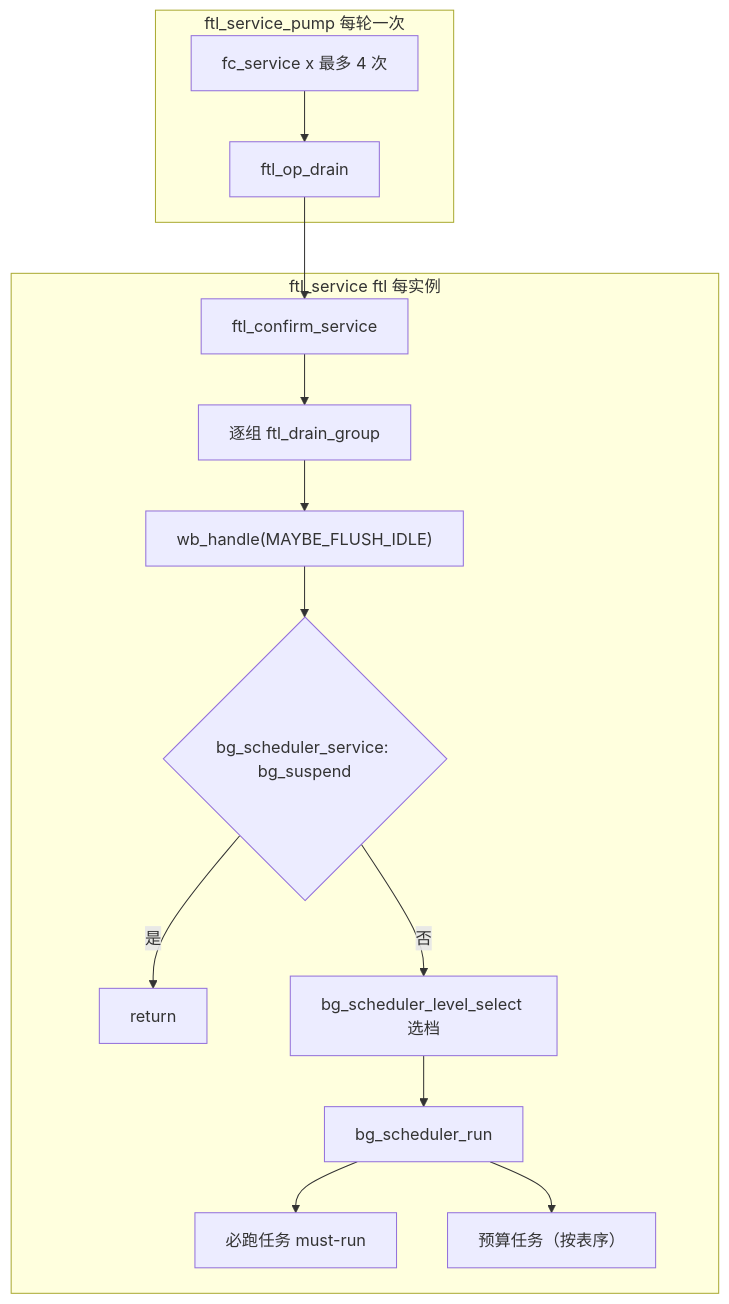
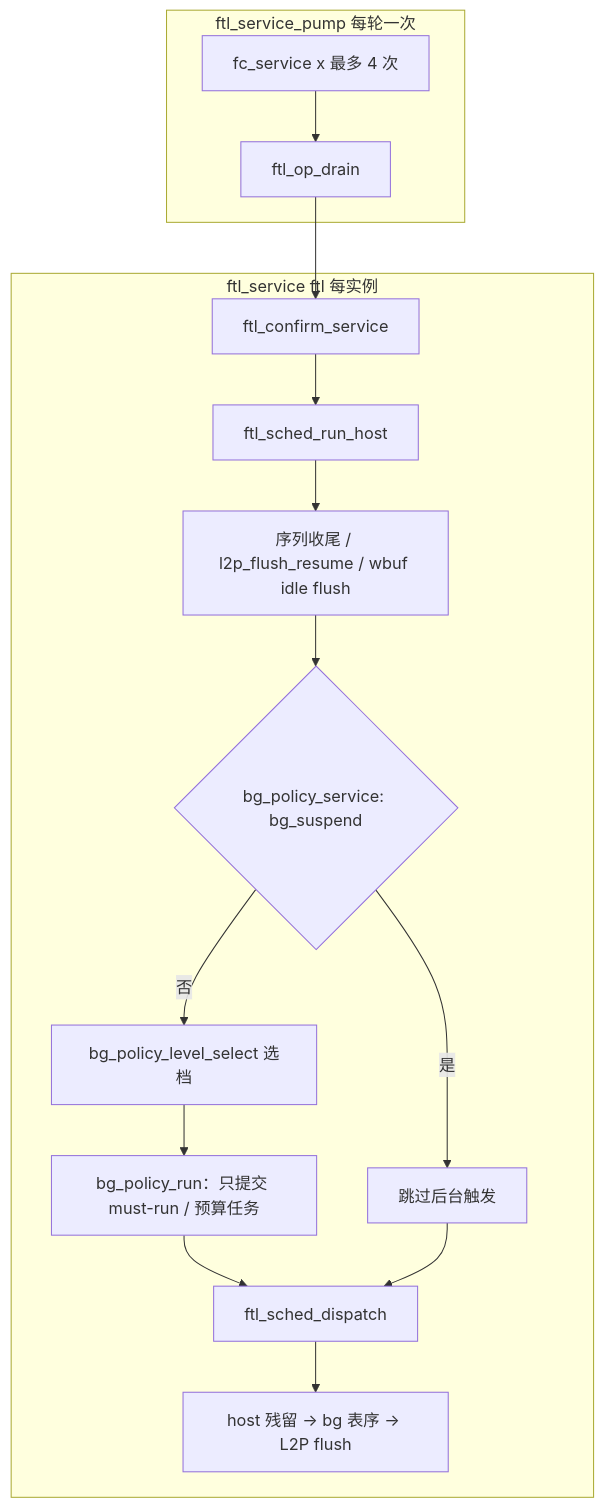
One commit to YzYMIAO/BASESSD changed diagram 22 of 36 in docs/design/ftl_design.md. Above: the diagram before and after it, drawn with Mermaid. The commit also changed other lines of this file and 48 other files, not shown here.

````diff
--- a/docs/design/ftl_design.md
+++ b/docs/design/ftl_design.md
@@ -3567,17 +3573,18 @@
 ```mermaid
 flowchart TB
     subgraph "ftl_service_pump 每轮一次"
         P1["fc_service x 最多 4 次"] --> P2["ftl_op_drain"]
     end
     subgraph "ftl_service ftl 每实例"
-        S1["ftl_confirm_service"] --> S2["逐组 ftl_drain_group"]
-        S2 --> S3["wb_handle(MAYBE_FLUSH_IDLE)"]
-        S3 --> S4{"bg_scheduler_service: bg_suspend"}
-        S4 -- "是" --> S5["return"]
-        S4 -- "否" --> S6["bg_scheduler_level_select 选档"]
-        S6 --> S7["bg_scheduler_run"]
-        S7 --> S8["必跑任务 must-run"]
-        S7 --> S9["预算任务（按表序）"]
+        S1["ftl_confirm_service"] --> S2["ftl_sched_run_host"]
+        S2 --> S3["序列收尾 / l2p_flush_resume / wbuf idle flush"]
+        S3 --> S4{"bg_policy_service: bg_suspend"}
+        S4 -- "是" --> S5["跳过后台触发"]
+        S4 -- "否" --> S6["bg_policy_level_select 选档"]
+        S6 --> S7["bg_policy_run：只提交 must-run / 预算任务"]
+        S7 --> S8["ftl_sched_dispatch"]
+        S5 --> S8
+        S8 --> S9["host 残留 → bg 表序 → L2P flush"]
     end
     P2 --> S1
 ```
````
